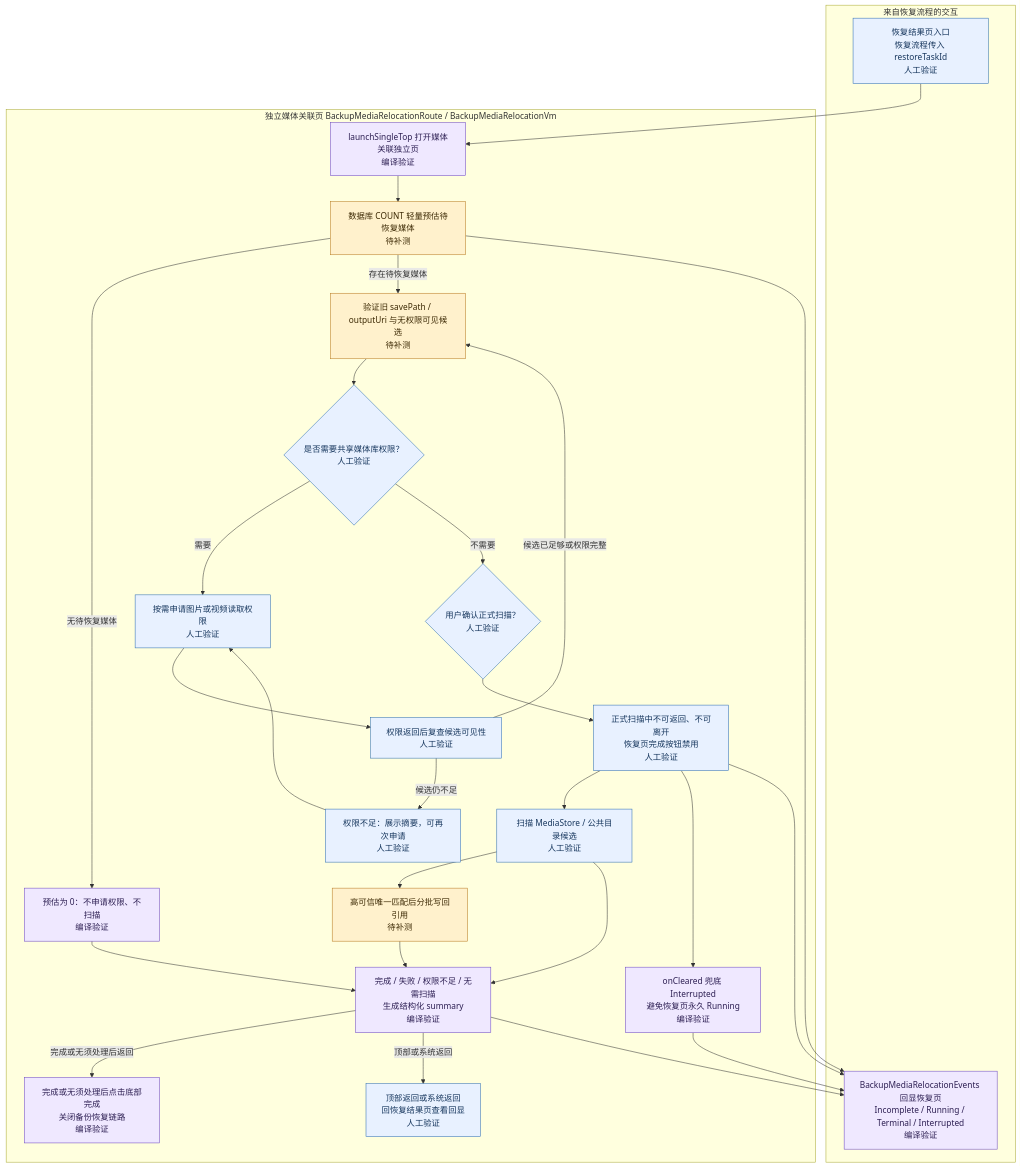
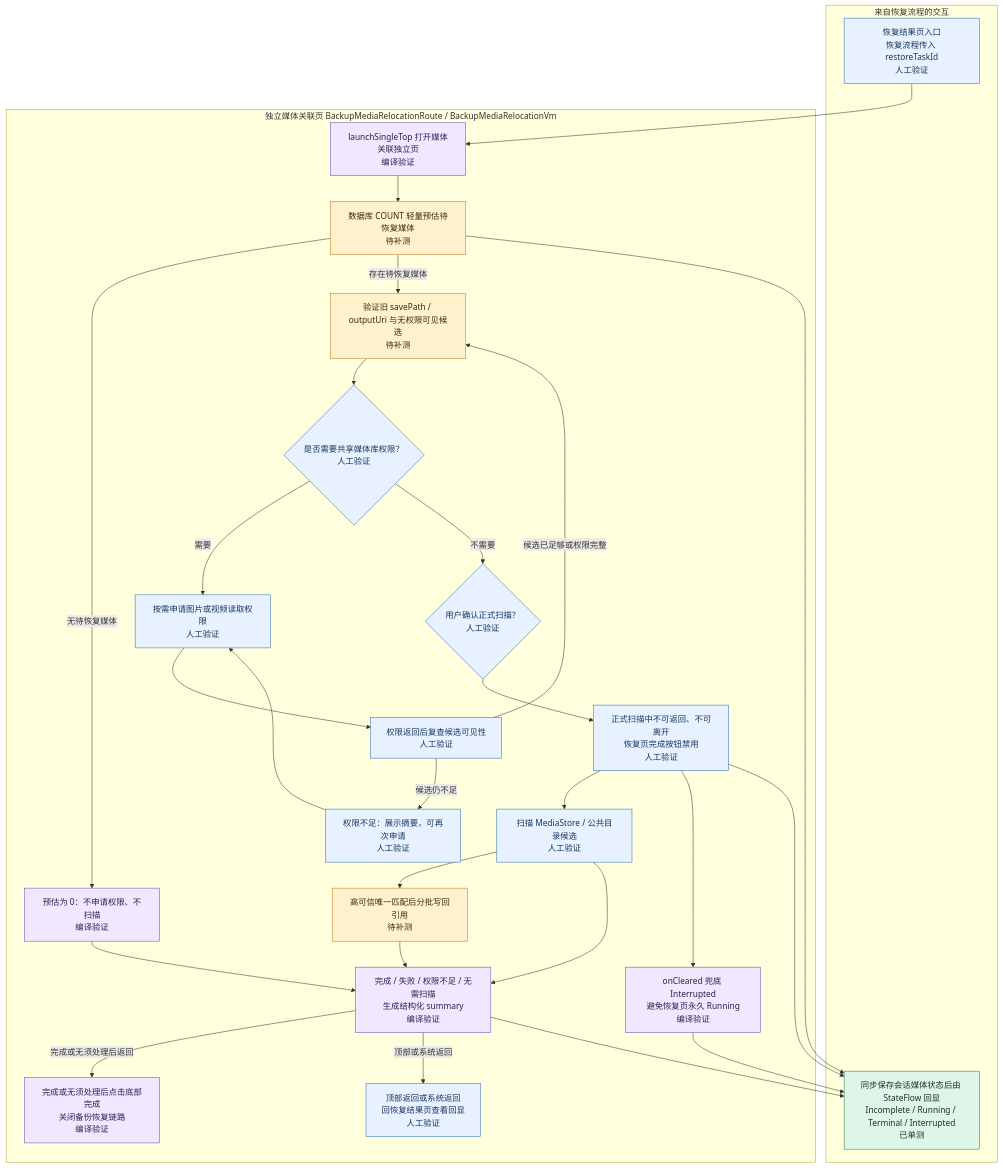
Before and after one commit to lwcla/ClipMaster: the fifth of 5 diagrams in docs/webdav_backup_plan.md, drawn with Mermaid. The commit also changed other lines of this file and 19 other files, not shown here.

First line of the commit message:
备份恢复：统一导航组与图作用域会话

````diff
--- a/docs/webdav_backup_plan.md
+++ b/docs/webdav_backup_plan.md
@@ -435,57 +628,57 @@
 ```mermaid
 %% title: 本地媒体关联流程
 flowchart TD
   subgraph RestoreBoundary["来自恢复流程的交互"]
     FromRestore["恢复结果页入口<br/>恢复流程传入 restoreTaskId<br/>人工验证"]:::manual
-    BackToRestore["BackupMediaRelocationEvents 回显恢复页<br/>Incomplete / Running / Terminal / Interrupted<br/>编译验证"]:::compile
+    BackToRestore["同步保存会话媒体状态后由 StateFlow 回显<br/>Incomplete / Running / Terminal / Interrupted<br/>已单测"]:::unit
   end
 
   subgraph MediaPage["独立媒体关联页 BackupMediaRelocationRoute / BackupMediaRelocationVm"]
     LaunchMedia["launchSingleTop 打开媒体关联独立页<br/>编译验证"]:::compile
     Estimate["数据库 COUNT 轻量预估待恢复媒体<br/>待补测"]:::todo
     NoNeed["预估为 0：不申请权限、不扫描<br/>编译验证"]:::compile
     OldRefCheck["验证旧 savePath / outputUri 与无权限可见候选<br/>待补测"]:::todo
     Permission{"是否需要共享媒体库权限？<br/>人工验证"}:::manual
     PermissionRequest["按需申请图片或视频读取权限<br/>人工验证"]:::manual
     PermissionChecking["权限返回后复查候选可见性<br/>人工验证"]:::manual
     PermissionDenied["权限不足：展示摘要，可再次申请<br/>人工验证"]:::manual
     ScanConfirm{"用户确认正式扫描？<br/>人工验证"}:::manual
     Running["正式扫描中不可返回、不可离开<br/>恢复页完成按钮禁用<br/>人工验证"]:::manual
     Scan["扫描 MediaStore / 公共目录候选<br/>人工验证"]:::manual
     Relink["高可信唯一匹配后分批写回引用<br/>待补测"]:::todo
     Terminal["完成 / 失败 / 权限不足 / 无需扫描<br/>生成结构化 summary<br/>编译验证"]:::compile
     SuccessCloseStack["完成或无须处理后点击底部完成<br/>关闭备份恢复链路<br/>编译验证"]:::compile
     BackOneLevel["顶部返回或系统返回<br/>回恢复结果页查看回显<br/>人工验证"]:::manual
     Interrupted["onCleared 兜底 Interrupted<br/>避免恢复页永久 Running<br/>编译验证"]:::compile
   end
 
   FromRestore --> LaunchMedia
   LaunchMedia --> Estimate
   Estimate -->|"无待恢复媒体"| NoNeed
   Estimate -->|"存在待恢复媒体"| OldRefCheck
   NoNeed --> Terminal
   OldRefCheck --> Permission
   Permission -->|"需要"| PermissionRequest
   Permission -->|"不需要"| ScanConfirm
   PermissionRequest --> PermissionChecking
   PermissionChecking -->|"候选仍不足"| PermissionDenied
   PermissionChecking -->|"候选已足够或权限完整"| OldRefCheck
   PermissionDenied --> PermissionRequest
   ScanConfirm --> Running
   Running --> Scan
   Scan --> Relink
   Relink --> Terminal
   Scan --> Terminal
   Running --> Interrupted
   Terminal -->|"完成或无须处理后返回"| SuccessCloseStack
   Terminal -->|"顶部或系统返回"| BackOneLevel
   Estimate --> BackToRestore
   Running --> BackToRestore
   Terminal --> BackToRestore
   Interrupted --> BackToRestore
 
   classDef unit fill:#dff5e7,stroke:#26804b,color:#16351f;
   classDef todo fill:#fff1cc,stroke:#b7791f,color:#3d2a05;
   classDef manual fill:#e8f1ff,stroke:#2b6cb0,color:#17375e;
   classDef compile fill:#efe8ff,stroke:#6b46c1,color:#2d1f53;
 ```
````
